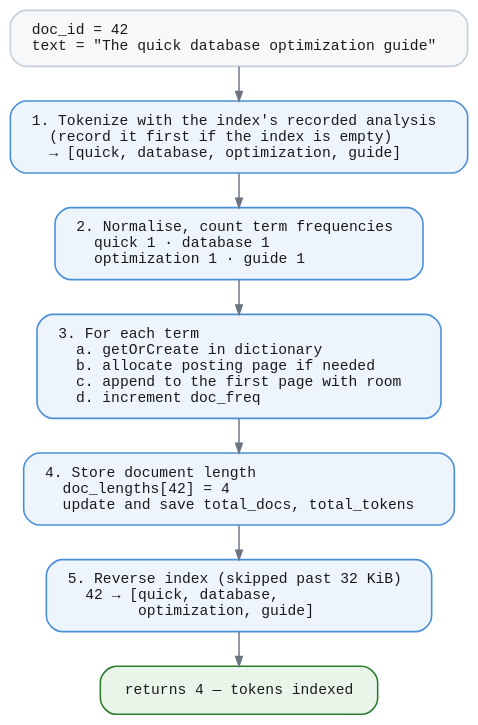
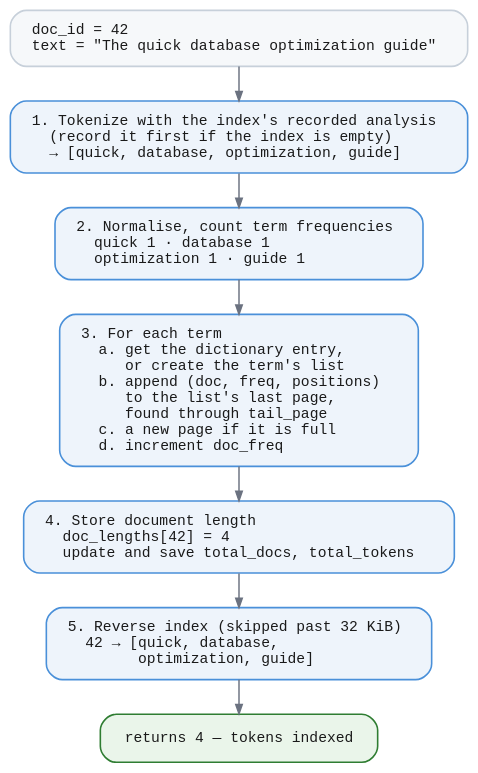
The diagram in book/diagrams/fts-index-document.dot (jeffhajewski/latticedb), drawn with Graphviz before and after one commit. The commit also changed 2 other files, not shown here.

Commit message:
Show full-text appends going to the posting list's last page
The indexing diagram still said each posting entry is appended "to the first page with room", which is what indexing did before 0d237ee; an append now goes to the list's last page, which the dictionary entry records as tail_page, and adds a page when that one is full. The diagram, its SVG and the page's alt text now say so, and that the entry carries the document's positions. The appending paragraph quoted per-document and per-append timings that are not among the published figures (benchmarks.md) and do not match the release notes' own figure for the change; the number is taken out and the reason the old way was slow kept.

```diff
--- a/book/diagrams/fts-index-document.dot
+++ b/book/diagrams/fts-index-document.dot
@@ -1,24 +1,24 @@
 // Indexing one document: tokenize, count, write postings, record length,
 // record the terms for later removal. Every key carries the scope prefix.
 digraph fts_index_document {
   bgcolor="transparent"
   rankdir=TB
   nodesep=0.3
   ranksep=0.36
   fontname="Helvetica,Arial,sans-serif"
   node [shape=box style="filled,rounded" fillcolor="#eef4fb" color="#4a90d9"
         penwidth=1.2 fontname="Menlo,Consolas,monospace" fontsize=11
         fontcolor="#1a1a1a" margin="0.22,0.13"]
   edge [color="#6b7280" penwidth=1.1 arrowsize=0.7]
 
   in [label="doc_id = 42\ltext = \"The quick database optimization guide\"\l"
       fillcolor="#f6f8fa" color="#c7d0da"]
   s1 [label="1. Tokenize with the index's recorded analysis\l   (record it first if the index is empty)\l   → [quick, database, optimization, guide]\l"]
   s2 [label="2. Normalise, count term frequencies\l   quick 1 · database 1\l   optimization 1 · guide 1\l"]
-  s3 [label="3. For each term\l   a. getOrCreate in dictionary\l   b. allocate posting page if needed\l   c. append to the first page with room\l   d. increment doc_freq\l"]
+  s3 [label="3. For each term\l   a. get the dictionary entry,\l      or create the term's list\l   b. append (doc, freq, positions)\l      to the list's last page,\l      found through tail_page\l   c. a new page if it is full\l   d. increment doc_freq\l"]
   s4 [label="4. Store document length\l   doc_lengths[42] = 4\l   update and save total_docs, total_tokens\l"]
   s5 [label="5. Reverse index (skipped past 32 KiB)\l   42 → [quick, database,\l         optimization, guide]\l"]
   out [label="returns 4 — tokens indexed" fillcolor="#eaf5ea" color="#2f7d32"]
 
   in -> s1 -> s2 -> s3 -> s4 -> s5 -> out
 }
```
